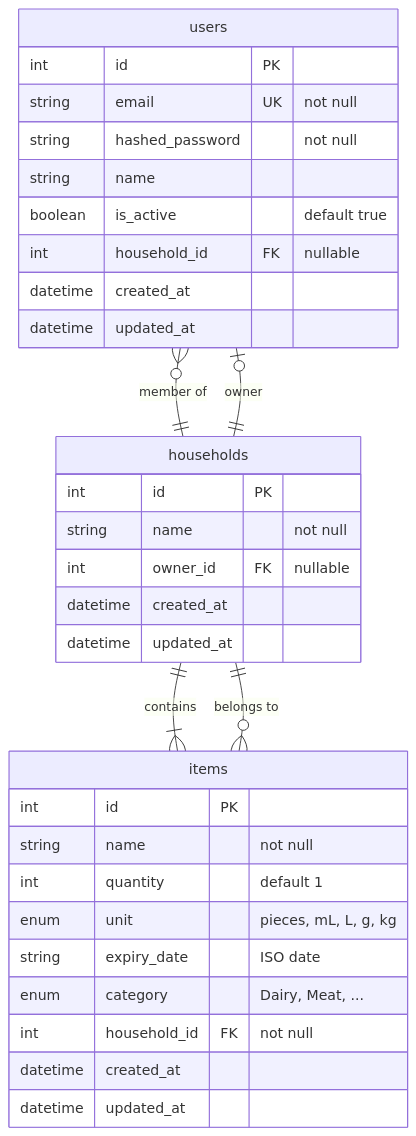
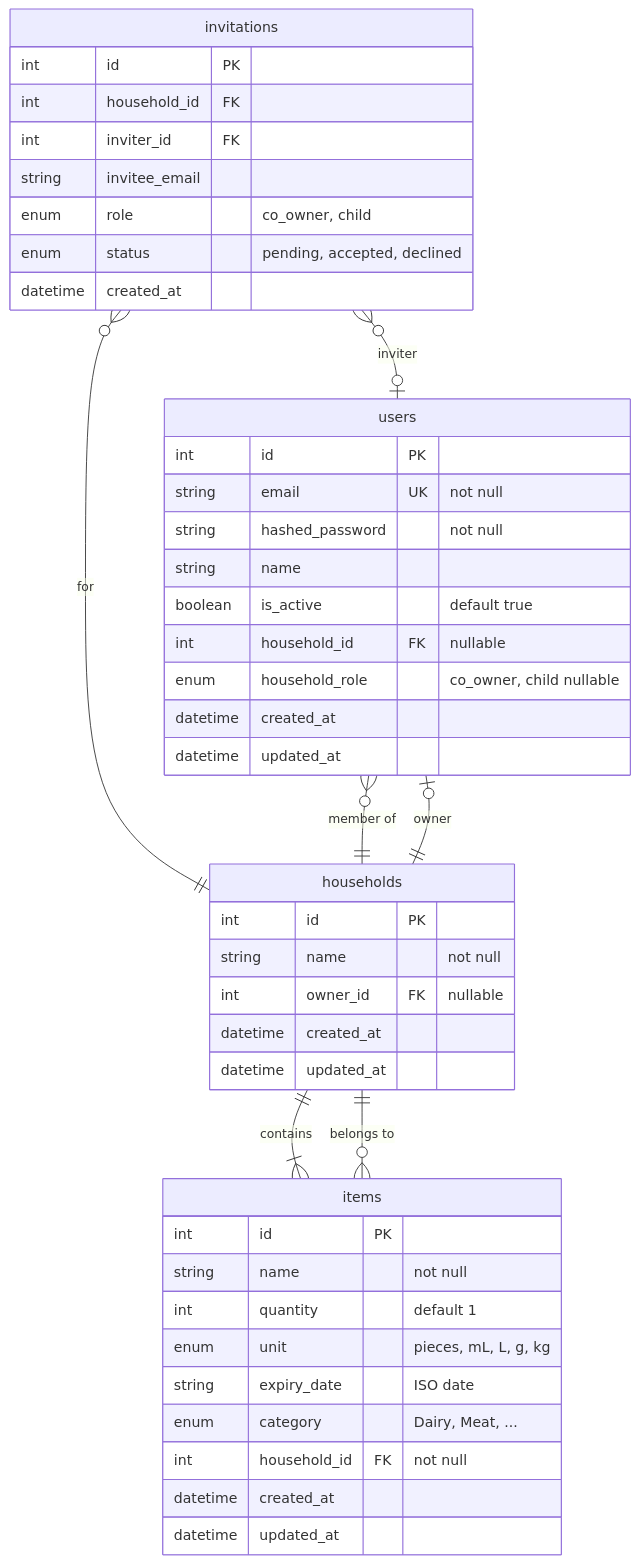
The diagram in docs/entity-relationship-diagram.md (KohSinEe/IS631_Project), drawn with Mermaid before and after one commit. The commit also changed other lines of this file and 12 other files, not shown here.

````diff
--- a/docs/entity-relationship-diagram.md
+++ b/docs/entity-relationship-diagram.md
@@ -5,38 +5,52 @@
 ```mermaid
 erDiagram
     users {
         int id PK
         string email UK "not null"
         string hashed_password "not null"
         string name
         boolean is_active "default true"
         int household_id FK "nullable"
+            enum household_role "co_owner, child nullable"
         datetime created_at
         datetime updated_at
     }
 
     households {
         int id PK
         string name "not null"
         int owner_id FK "nullable"
         datetime created_at
         datetime updated_at
     }
 
     items {
         int id PK
         string name "not null"
         int quantity "default 1"
         enum unit "pieces, mL, L, g, kg"
         string expiry_date "ISO date"
         enum category "Dairy, Meat, ..."
         int household_id FK "not null"
         datetime created_at
         datetime updated_at
     }
 
     users }o--|| households : "member of"
     households ||--o| users : "owner"
     households ||--|{ items : "contains"
     items }o--|| households : "belongs to"
+
+    invitations {
+        int id PK
+        int household_id FK
+        int inviter_id FK
+        string invitee_email
+        enum role "co_owner, child"
+        enum status "pending, accepted, declined"
+        datetime created_at
+    }
+
+    invitations }o--|| households : "for"
+    invitations }o--o| users : "inviter"
 ```
````
